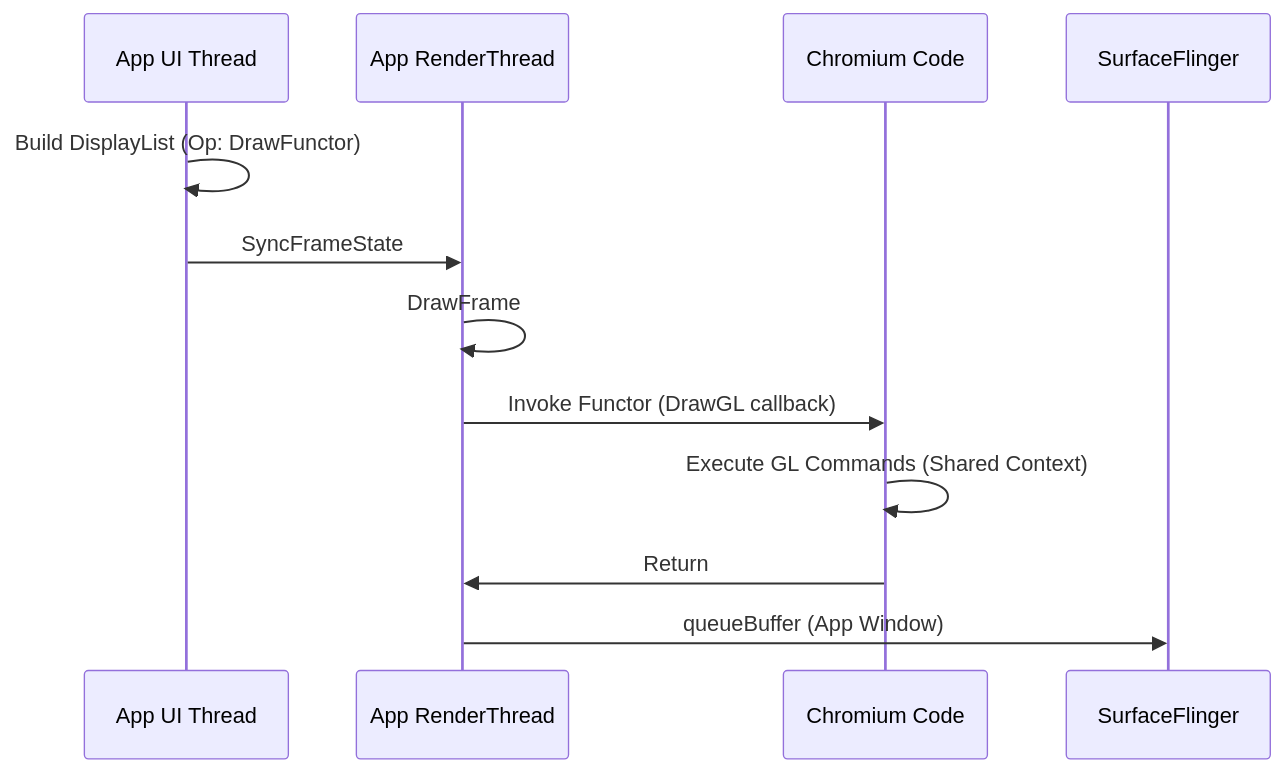
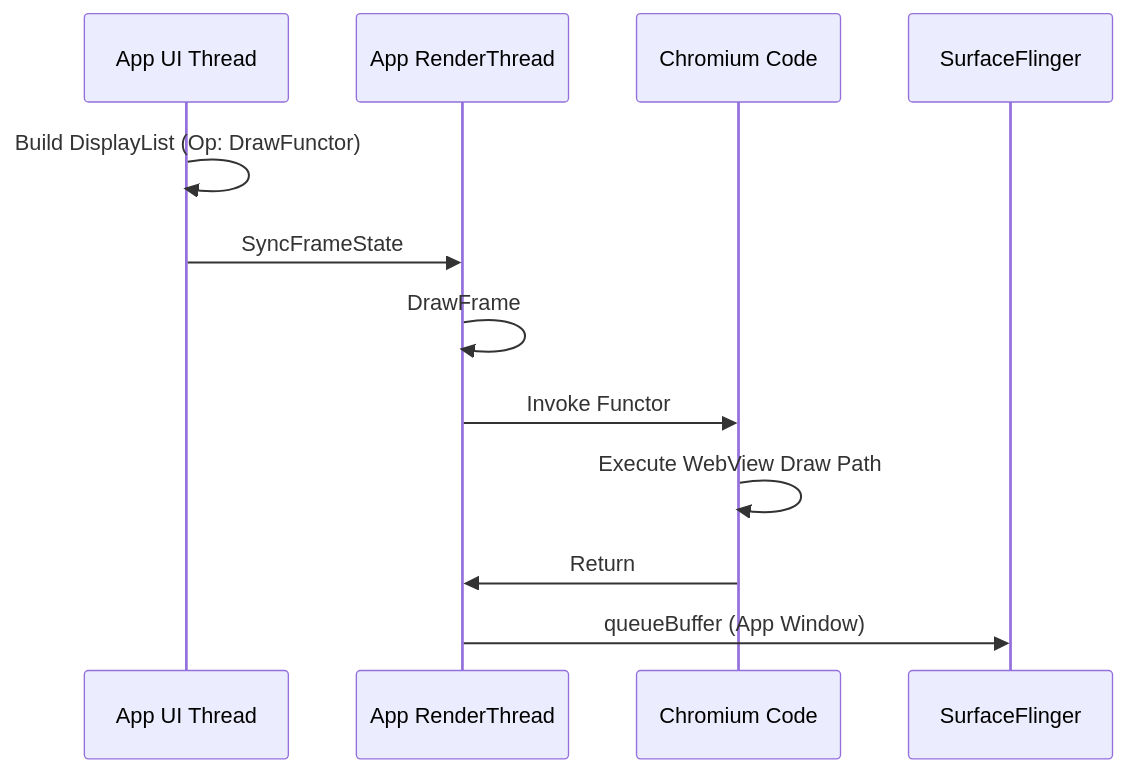
Before and after one commit to Gracker/android-internals-wiki: the second of 2 diagrams in src/part2-performance/ch18-rendering-pipelines/13-webview-rendering.md, drawn with Mermaid. The commit also changed other lines of this file and 2 other files, not shown here.

Commit message:
[openclaw] rework: 18.13 WebView 渲染链路 — review 回炉修复

````diff
--- a/src/part2-performance/ch18-rendering-pipelines/13-webview-rendering.md
+++ b/src/part2-performance/ch18-rendering-pipelines/13-webview-rendering.md
@@ -86,16 +90,16 @@
 ```mermaid
 sequenceDiagram
     participant UI as App UI Thread
     participant RT as App RenderThread
     participant WP as Chromium Code
     participant SF as SurfaceFlinger
 
     UI->>UI: Build DisplayList (Op: DrawFunctor)
     UI->>RT: SyncFrameState
-    
+
     RT->>RT: DrawFrame
-    RT->>WP: Invoke Functor (DrawGL callback)
-    WP->>WP: Execute GL Commands (Shared Context)
+    RT->>WP: Invoke Functor
+    WP->>WP: Execute WebView Draw Path
     WP->>RT: Return
     RT->>SF: queueBuffer (App Window)
 ```
````
